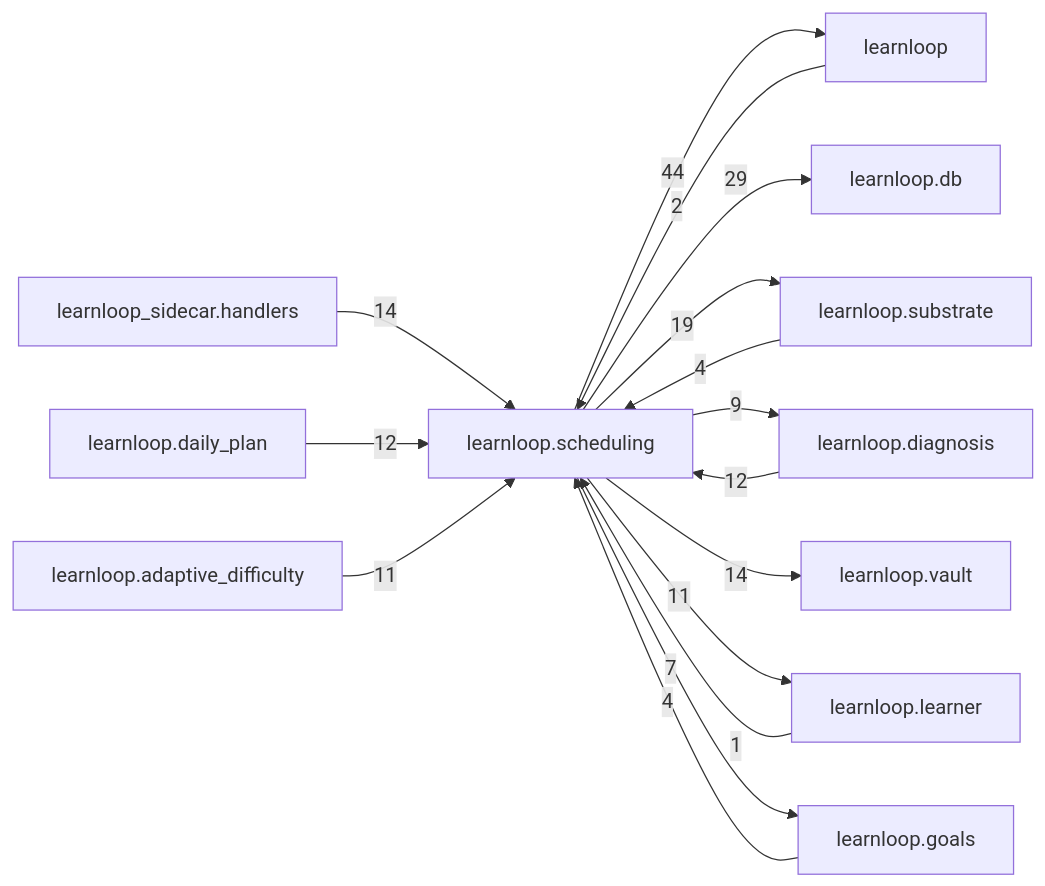
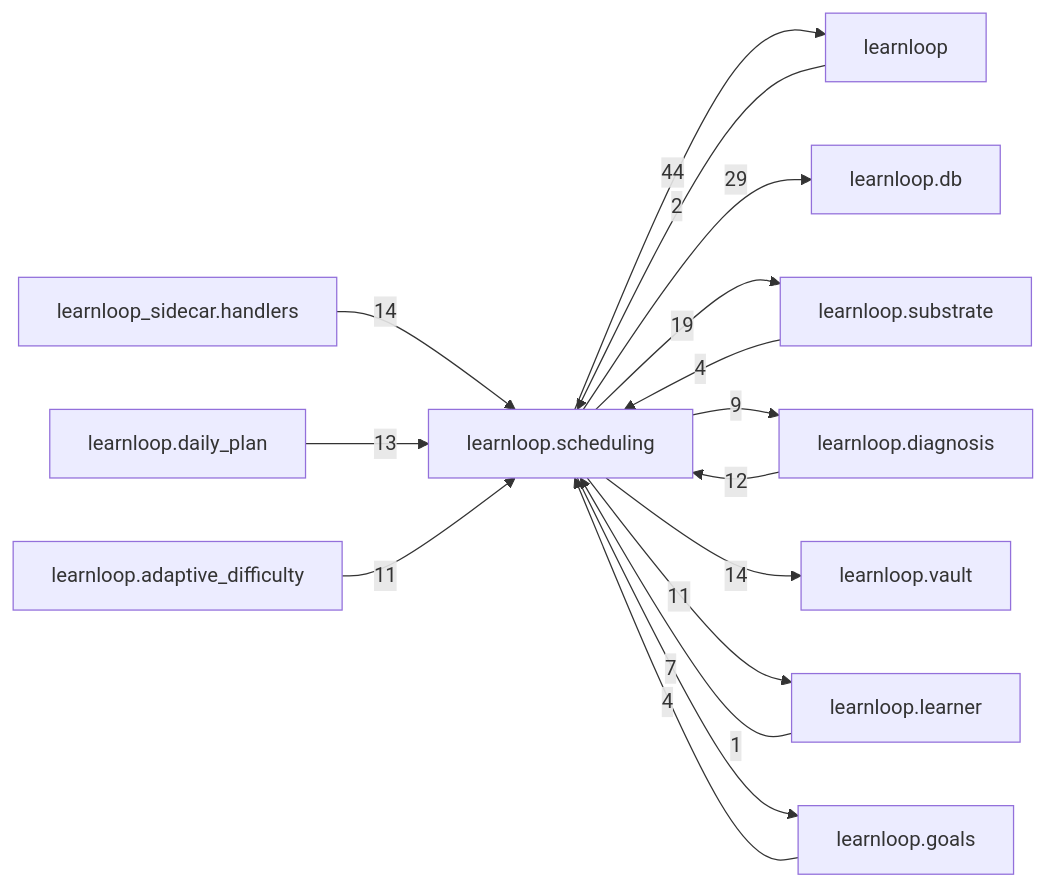
One commit to 6up-b/learnanything changed the diagram in docs/learnloop-architecture-vault/Reference/Modules/learnloop/scheduling/_package.md. Above: the diagram before and after it, drawn with Mermaid. The commit also changed other lines of this file and 550 other files, not shown here.

````diff
--- a/docs/learnloop-architecture-vault/Reference/Modules/learnloop/scheduling/_package.md
+++ b/docs/learnloop-architecture-vault/Reference/Modules/learnloop/scheduling/_package.md
@@ -188,29 +188,29 @@
 ```mermaid
 flowchart LR
     center["learnloop.scheduling"]
     n_learnloop["learnloop"]
     n_learnloop_db["learnloop.db"]
     n_learnloop_substrate["learnloop.substrate"]
     n_learnloop_diagnosis["learnloop.diagnosis"]
     n_learnloop_vault["learnloop.vault"]
     n_learnloop_sidecar_handlers["learnloop_sidecar.handlers"]
     n_learnloop_daily_plan["learnloop.daily_plan"]
     n_learnloop_learner["learnloop.learner"]
     n_learnloop_adaptive_difficulty["learnloop.adaptive_difficulty"]
     n_learnloop_goals["learnloop.goals"]
     n_learnloop -->|2| center
     center -->|44| n_learnloop
     center -->|29| n_learnloop_db
     n_learnloop_substrate -->|4| center
     center -->|19| n_learnloop_substrate
     n_learnloop_diagnosis -->|12| center
     center -->|9| n_learnloop_diagnosis
     center -->|14| n_learnloop_vault
     n_learnloop_sidecar_handlers -->|14| center
-    n_learnloop_daily_plan -->|12| center
+    n_learnloop_daily_plan -->|13| center
     n_learnloop_learner -->|1| center
     center -->|11| n_learnloop_learner
     n_learnloop_adaptive_difficulty -->|11| center
     n_learnloop_goals -->|4| center
     center -->|7| n_learnloop_goals
 ```
````
